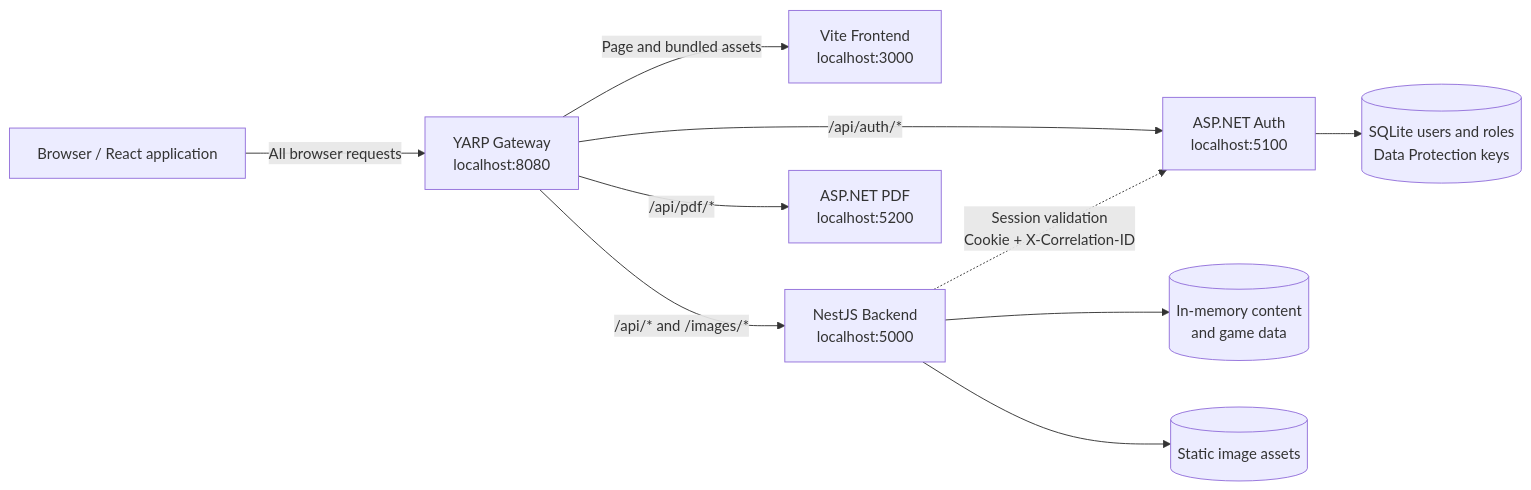
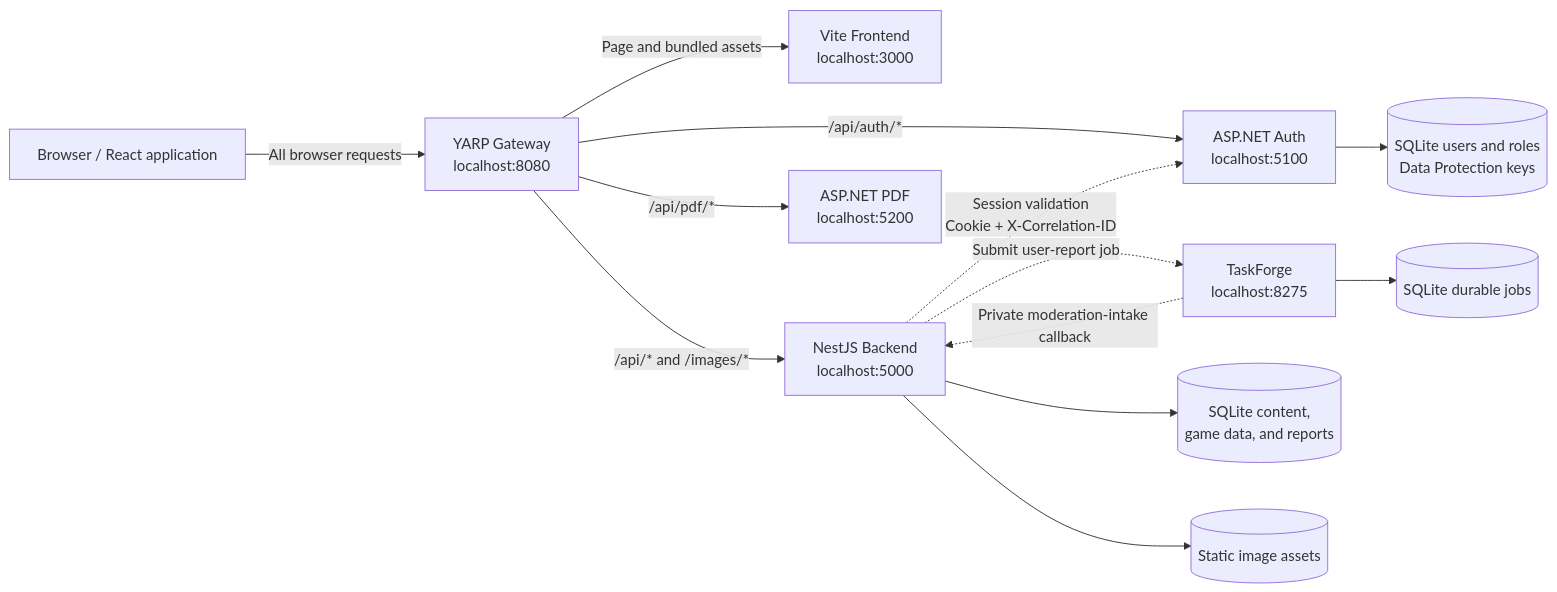
Before and after one commit to Arvence/WoWiki: the first of 6 diagrams in docs/request-response-map.md, drawn with Mermaid. The commit also changed other lines of this file and 3 other files, not shown here.

Commit message:
docs: document TaskForge report delivery

````diff
--- a/docs/request-response-map.md
+++ b/docs/request-response-map.md
@@ -8,23 +8,28 @@
 ```mermaid
 flowchart LR
     Browser["Browser / React application"]
     Gateway["YARP Gateway<br/>localhost:8080"]
     Frontend["Vite Frontend<br/>localhost:3000"]
     Backend["NestJS Backend<br/>localhost:5000"]
     Auth["ASP.NET Auth<br/>localhost:5100"]
     Pdf["ASP.NET PDF<br/>localhost:5200"]
+    TaskForge["TaskForge<br/>localhost:8275"]
     AuthData[("SQLite users and roles<br/>Data Protection keys")]
-    ContentData[("In-memory content<br/>and game data")]
+    ContentData[("SQLite content,<br/>game data, and reports")]
+    JobData[("SQLite durable jobs")]
     Images[("Static image assets")]
 
     Browser -->|"All browser requests"| Gateway
     Gateway -->|"Page and bundled assets"| Frontend
     Gateway -->|"/api/* and /images/*"| Backend
     Gateway -->|"/api/auth/*"| Auth
     Gateway -->|"/api/pdf/*"| Pdf
 
     Backend -.->|"Session validation<br/>Cookie + X-Correlation-ID"| Auth
+    Backend -.->|"Submit user-report job"| TaskForge
+    TaskForge -.->|"Private moderation-intake callback"| Backend
     Auth --> AuthData
     Backend --> ContentData
+    TaskForge --> JobData
     Backend --> Images
 ```
````
